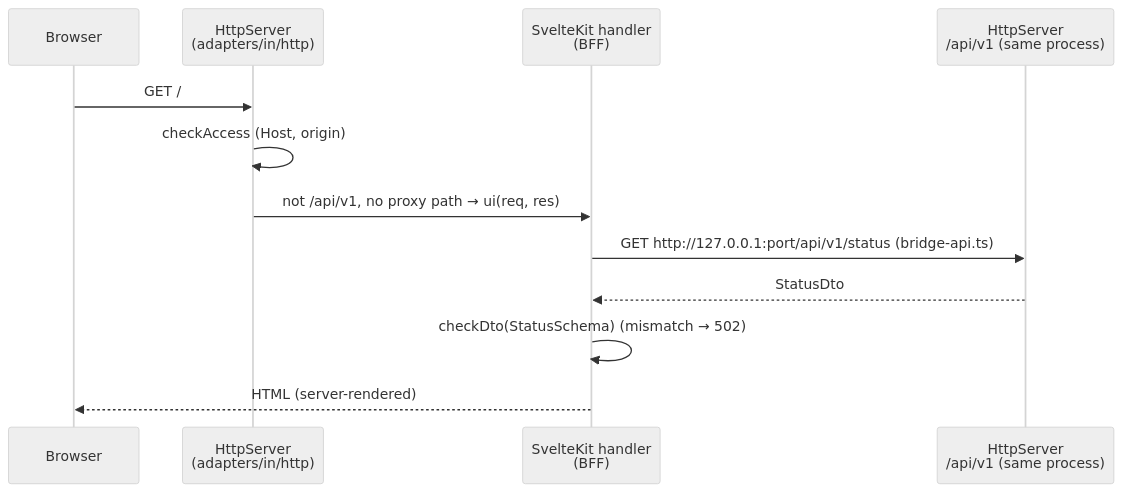
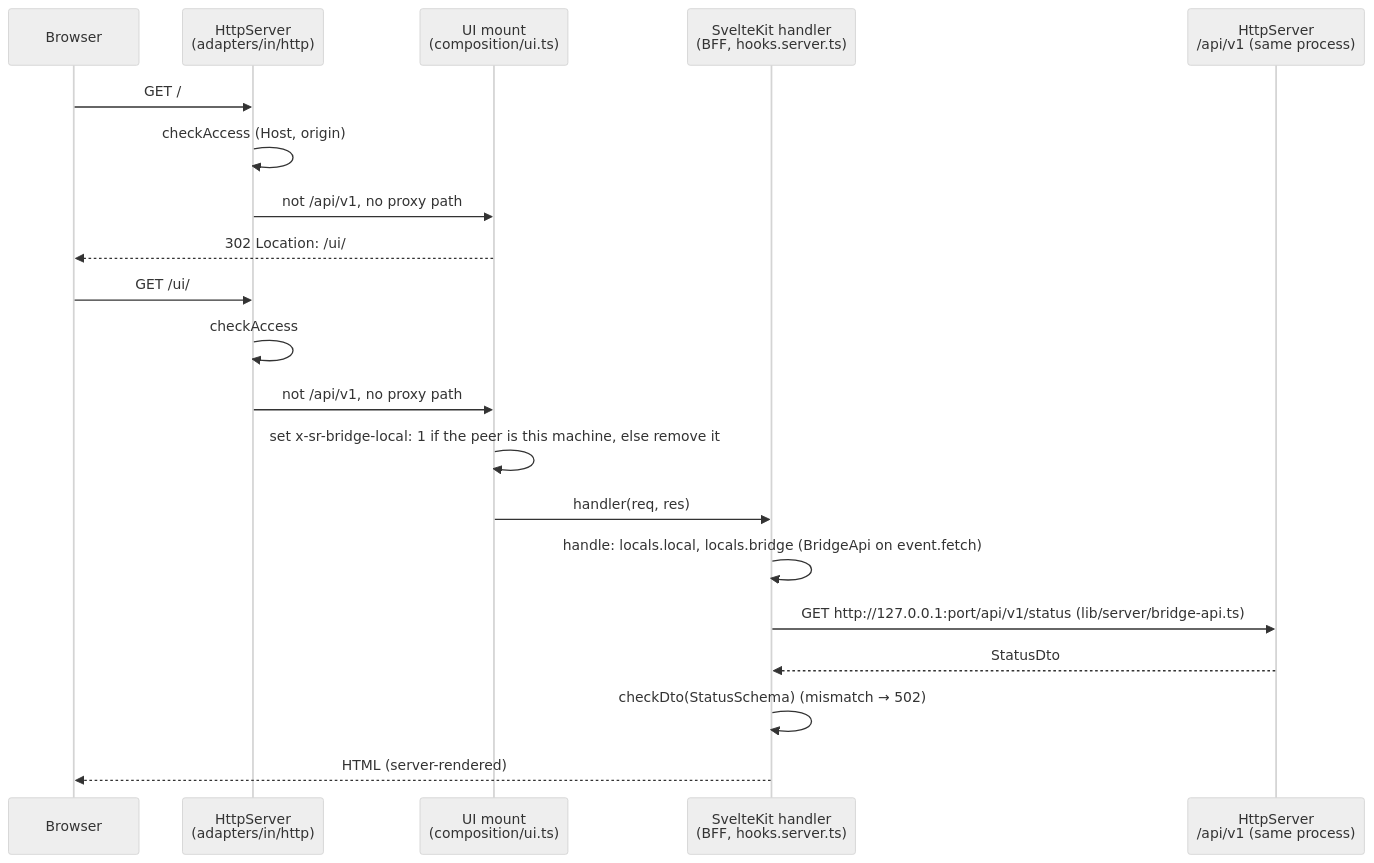
Before and after one commit to TimoSto/screenreader-speech-capture: the second of 2 diagrams in docs/implementation/flows/web-ui.md, drawn with Mermaid (neutral theme). The commit also changed other lines of this file and 7 other files, not shown here.

````diff
--- a/docs/implementation/flows/web-ui.md
+++ b/docs/implementation/flows/web-ui.md
@@ -33,15 +38,23 @@
 ```mermaid
 sequenceDiagram
     participant B as Browser
     participant H as HttpServer<br/>(adapters/in/http)
-    participant UI as SvelteKit handler<br/>(BFF)
+    participant M as UI mount<br/>(composition/ui.ts)
+    participant UI as SvelteKit handler<br/>(BFF, hooks.server.ts)
     participant API as HttpServer<br/>/api/v1 (same process)
 
     B->>H: GET /
     H->>H: checkAccess (Host, origin)
-    H->>UI: not /api/v1, no proxy path → ui(req, res)
-    UI->>API: GET http://127.0.0.1:port/api/v1/status (bridge-api.ts)
+    H->>M: not /api/v1, no proxy path
+    M-->>B: 302 Location: /ui/
+    B->>H: GET /ui/
+    H->>H: checkAccess
+    H->>M: not /api/v1, no proxy path
+    M->>M: set x-sr-bridge-local: 1 if the peer is this machine, else remove it
+    M->>UI: handler(req, res)
+    UI->>UI: handle: locals.local, locals.bridge (BridgeApi on event.fetch)
+    UI->>API: GET http://127.0.0.1:port/api/v1/status (lib/server/bridge-api.ts)
     API-->>UI: StatusDto
     UI->>UI: checkDto(StatusSchema) (mismatch → 502)
     UI-->>B: HTML (server-rendered)
 ```
````
